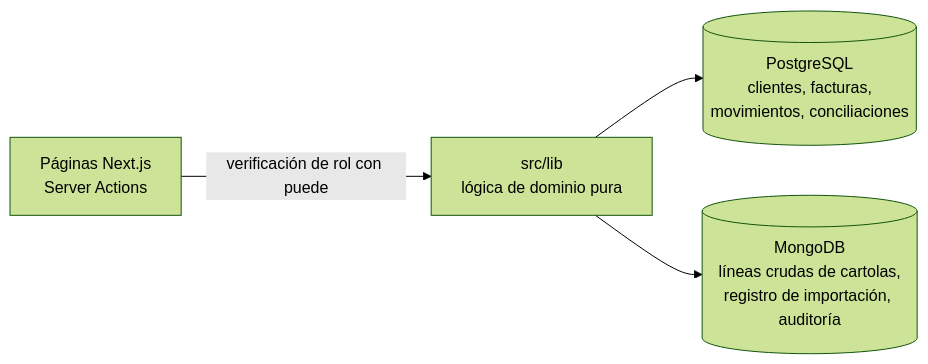
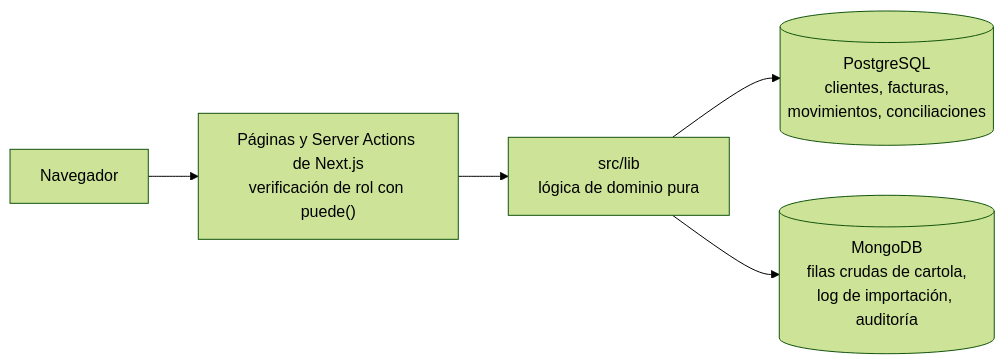
The diagram in README.es.md (JPozoAravena/conciliapyme), drawn with Mermaid (forest theme) before and after one commit. The commit also changed other lines of this file and 1 other file, not shown here.

````diff
--- a/README.es.md
+++ b/README.es.md
@@ -40,6 +55,7 @@
 ```mermaid
 flowchart LR
-  UI[Páginas Next.js<br/>Server Actions] -->|verificación de rol con puede| L[src/lib<br/>lógica de dominio pura]
-  L --> PG[(PostgreSQL<br/>clientes, facturas,<br/>movimientos, conciliaciones)]
-  L --> MG[(MongoDB<br/>líneas crudas de cartolas,<br/>registro de importación, auditoría)]
+  B[Navegador] --> UI["Páginas y Server Actions de Next.js<br/>verificación de rol con puede()"]
+  UI --> L["src/lib<br/>lógica de dominio pura"]
+  L --> PG[("PostgreSQL<br/>clientes, facturas,<br/>movimientos, conciliaciones")]
+  L --> MG[("MongoDB<br/>filas crudas de cartola,<br/>log de importación, auditoría")]
 ```
````
